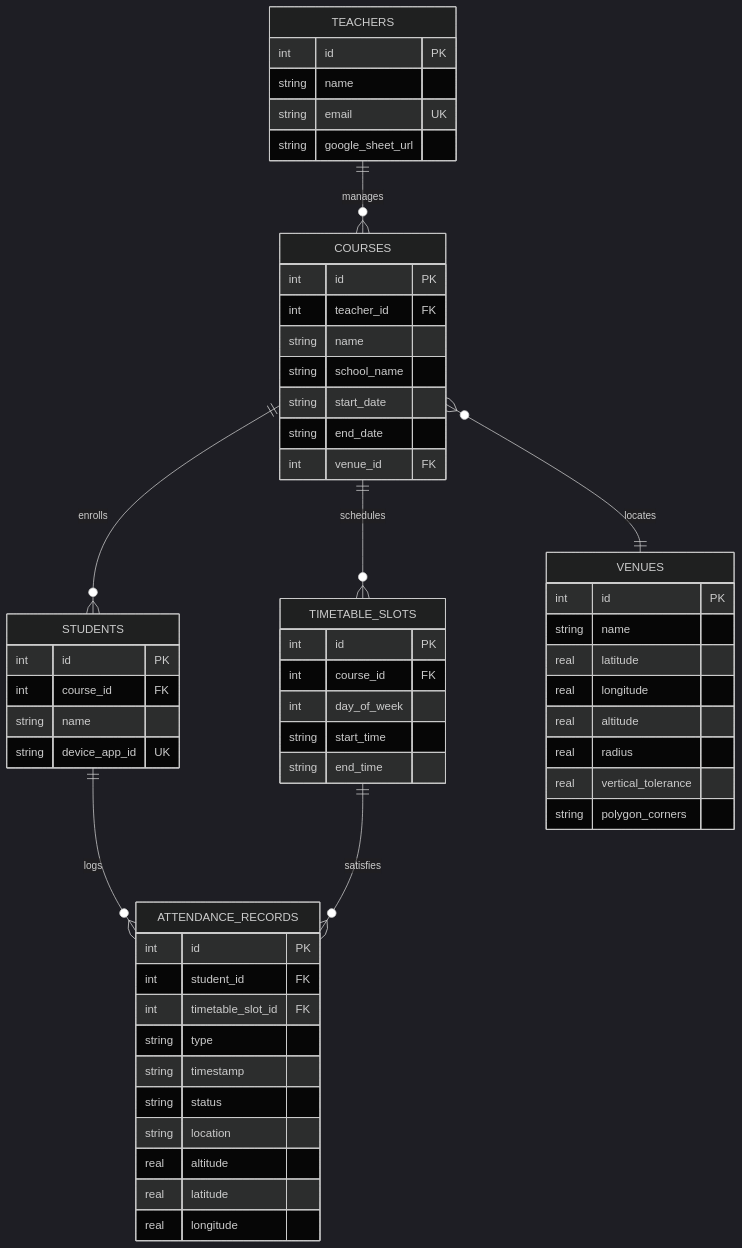
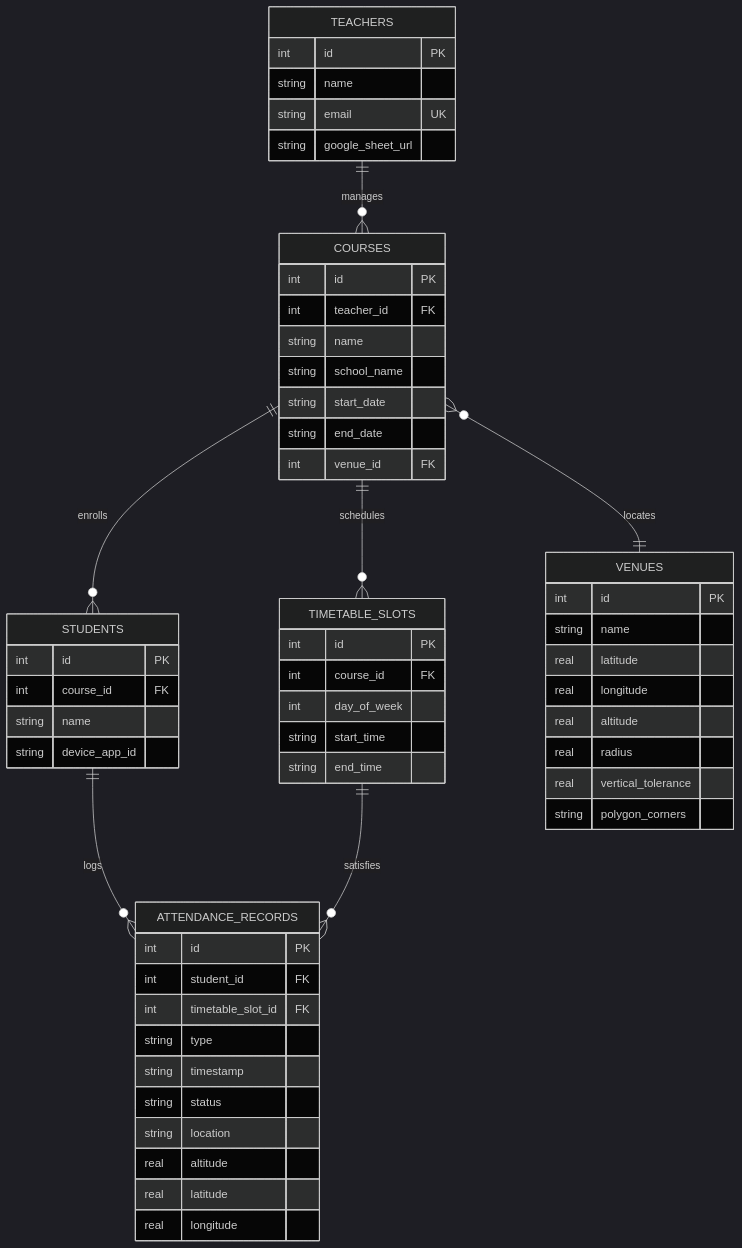
One commit to tatendaephraim/campus_register changed the diagram in about.md. Above: the diagram before and after it, drawn with Mermaid (dark theme). The commit also changed other lines of this file and 80 other files, not shown here.

````diff
--- a/about.md
+++ b/about.md
@@ -59,65 +59,65 @@
 ```mermaid
 erDiagram
     TEACHERS ||--o{ COURSES : manages
     COURSES ||--o{ TIMETABLE_SLOTS : schedules
     COURSES ||--o{ STUDENTS : enrolls
     COURSES }o--|| VENUES : locates
     STUDENTS ||--o{ ATTENDANCE_RECORDS : logs
     TIMETABLE_SLOTS ||--o{ ATTENDANCE_RECORDS : satisfies
 
     TEACHERS {
         int id PK
         string name
         string email UK
         string google_sheet_url
     }
 
     COURSES {
         int id PK
         int teacher_id FK
         string name
         string school_name
         string start_date
         string end_date
         int venue_id FK
     }
 
     VENUES {
         int id PK
         string name
         real latitude
         real longitude
         real altitude
         real radius
         real vertical_tolerance
         string polygon_corners
     }
 
     TIMETABLE_SLOTS {
         int id PK
         int course_id FK
         int day_of_week
         string start_time
         string end_time
     }
 
     STUDENTS {
         int id PK
         int course_id FK
         string name
-        string device_app_id UK
+        string device_app_id
     }
 
     ATTENDANCE_RECORDS {
         int id PK
         int student_id FK
         int timetable_slot_id FK
         string type
         string timestamp
         string status
         string location
         real altitude
         real latitude
         real longitude
     }
 ```
````
